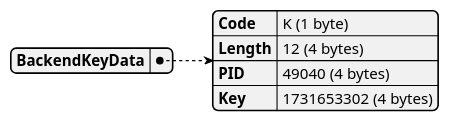
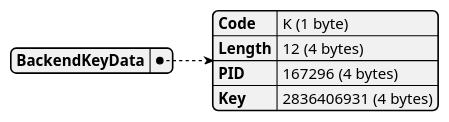
One commit to xfischer/pg_protoexport changed the tenth of 26 diagrams in docs/examples/exports/pagila-00-startup-handshake-startup-authentication-parameterstatus-readyforquery/capture.plantuml.pkt.md. Above: the diagram before and after it, drawn with PlantUML. The commit also changed other lines of this file and 135 other files, not shown here.

````diff
--- a/docs/examples/exports/pagila-00-startup-handshake-startup-authentication-parameterstatus-readyforquery/capture.plantuml.pkt.md
+++ b/docs/examples/exports/pagila-00-startup-handshake-startup-authentication-parameterstatus-readyforquery/capture.plantuml.pkt.md
@@ -141,12 +141,12 @@
 ```plantuml
 @startjson
 {
   "BackendKeyData": {
     "Code": "K (1 byte)",
     "Length": "12 (4 bytes)",
-    "PID": "49040 (4 bytes)",
-    "Key": "1731653302 (4 bytes)"
+    "PID": "167296 (4 bytes)",
+    "Key": "2836406931 (4 bytes)"
   }
 }
 @endjson
 ```
````
